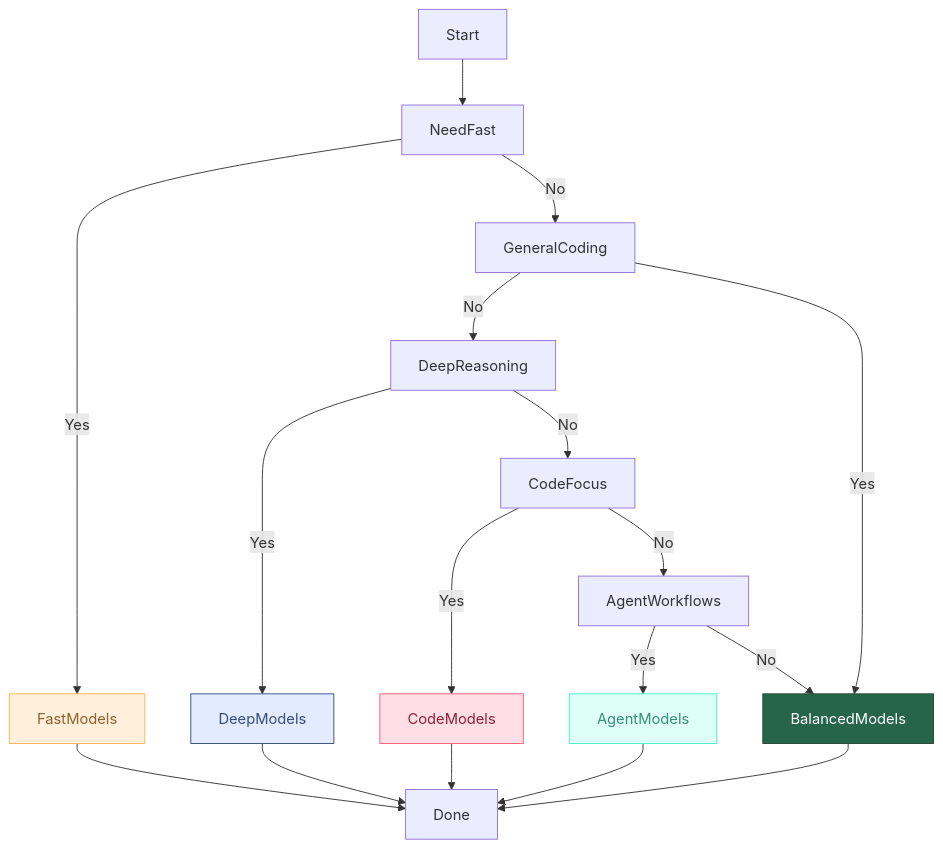
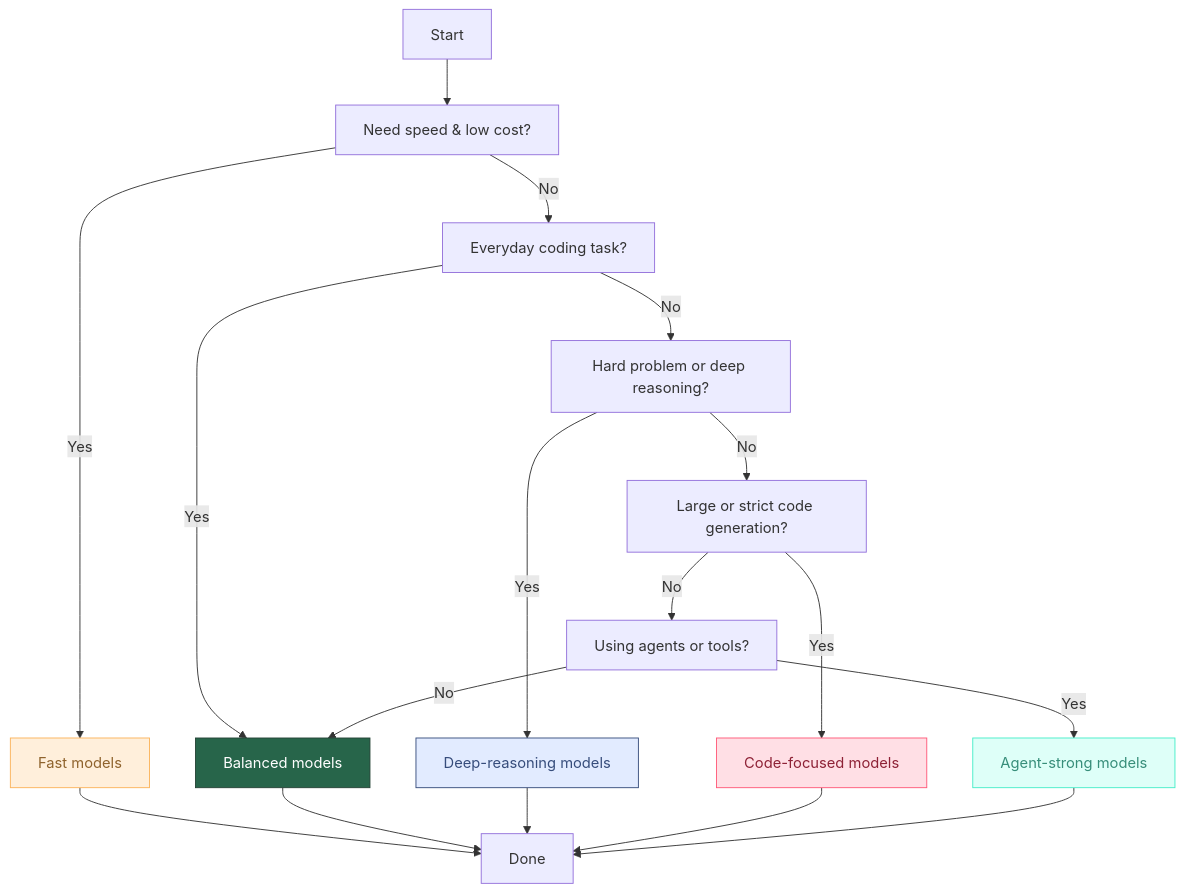
One commit to SQLtattoo/GH-300-GitHub-Copilot-Demos changed the diagram in modelDecisionTree.md. Above: the diagram before and after it, drawn with Mermaid. The commit also changed other lines of this file, not shown here.

Commit message:
Update decision tree flowchart and add disclaimer

````diff
--- a/modelDecisionTree.md
+++ b/modelDecisionTree.md
@@ -6,30 +10,37 @@
 ```mermaid
 flowchart TB
-    Start["Start"] --> NeedFast["NeedFast"]
-    NeedFast -- Yes --> FastModels["FastModels"]
-    NeedFast -- No --> GeneralCoding["GeneralCoding"]
-    GeneralCoding -- No --> DeepReasoning["DeepReasoning"]
-    DeepReasoning -- Yes --> DeepModels["DeepModels"]
-    DeepReasoning -- No --> CodeFocus["CodeFocus"]
-    CodeFocus -- Yes --> CodeModels["CodeModels"]
-    CodeFocus -- No --> AgentWorkflows["AgentWorkflows"]
-    AgentWorkflows -- Yes --> AgentModels["AgentModels"]
-    AgentWorkflows -- No --> BalancedModels["BalancedModels"]
+    Start["Start"] --> NeedFast["Need speed & low cost?"]
+
+    NeedFast -- Yes --> FastModels["Fast models"]
+    NeedFast -- No --> GeneralCoding["Everyday coding task?"]
+
+    GeneralCoding -- Yes --> BalancedModels["Balanced models"]
+    GeneralCoding -- No --> DeepReasoning["Hard problem or deep reasoning?"]
+
+    DeepReasoning -- Yes --> DeepModels["Deep-reasoning models"]
+    DeepReasoning -- No --> CodeFocus["Large or strict code generation?"]
+
+    CodeFocus -- Yes --> CodeModels["Code-focused models"]
+    CodeFocus -- No --> AgentWorkflows["Using agents or tools?"]
+
+    AgentWorkflows -- Yes --> AgentModels["Agent-strong models"]
+    AgentWorkflows -- No --> BalancedModels
+
     FastModels --> Done["Done"]
     BalancedModels --> Done
     DeepModels --> Done
     CodeModels --> Done
     AgentModels --> Done
-    GeneralCoding -- Yes --> BalancedModels
 
-     FastModels:::Peach
-     DeepModels:::Sky
-     CodeModels:::Rose
-     AgentModels:::Aqua
-     BalancedModels:::Pine
-    classDef Peach stroke-width:1px, stroke-dasharray:none, stroke:#FBB35A, fill:#FFEFDB, color:#8F632D
-    classDef Rose stroke-width:1px, stroke-dasharray:none, stroke:#FF5978, fill:#FFDFE5, color:#8E2236
-    classDef Aqua stroke-width:1px, stroke-dasharray:none, stroke:#46EDC8, fill:#DEFFF8, color:#378E7A
-    classDef Sky stroke-width:1px, stroke-dasharray:none, stroke:#374D7C, fill:#E2EBFF, color:#374D7C
-    classDef Pine stroke-width:1px, stroke-dasharray:none, stroke:#254336, fill:#27654A, color:#FFFFFF
+    FastModels:::Peach
+    DeepModels:::Sky
+    CodeModels:::Rose
+    AgentModels:::Aqua
+    BalancedModels:::Pine
+
+    classDef Peach stroke-width:1px, stroke:#FBB35A, fill:#FFEFDB, color:#8F632D
+    classDef Rose stroke-width:1px, stroke:#FF5978, fill:#FFDFE5, color:#8E2236
+    classDef Aqua stroke-width:1px, stroke:#46EDC8, fill:#DEFFF8, color:#378E7A
+    classDef Sky stroke-width:1px, stroke:#374D7C, fill:#E2EBFF, color:#374D7C
+    classDef Pine stroke-width:1px, stroke:#254336, fill:#27654A, color:#FFFFFF
 ```
````
